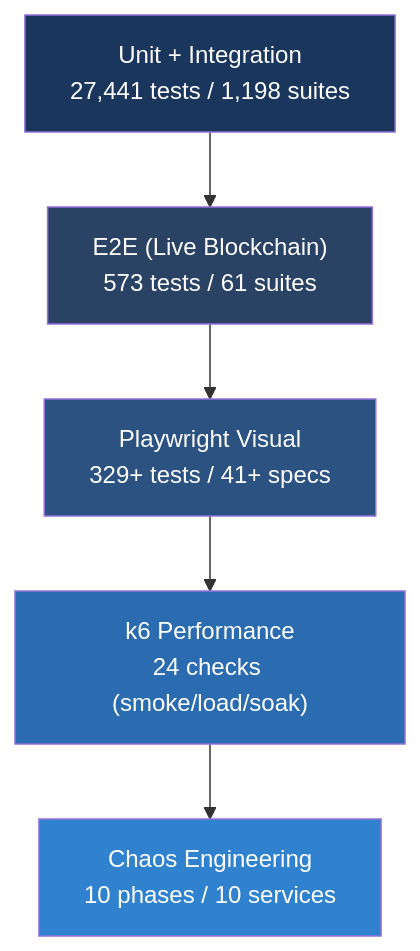
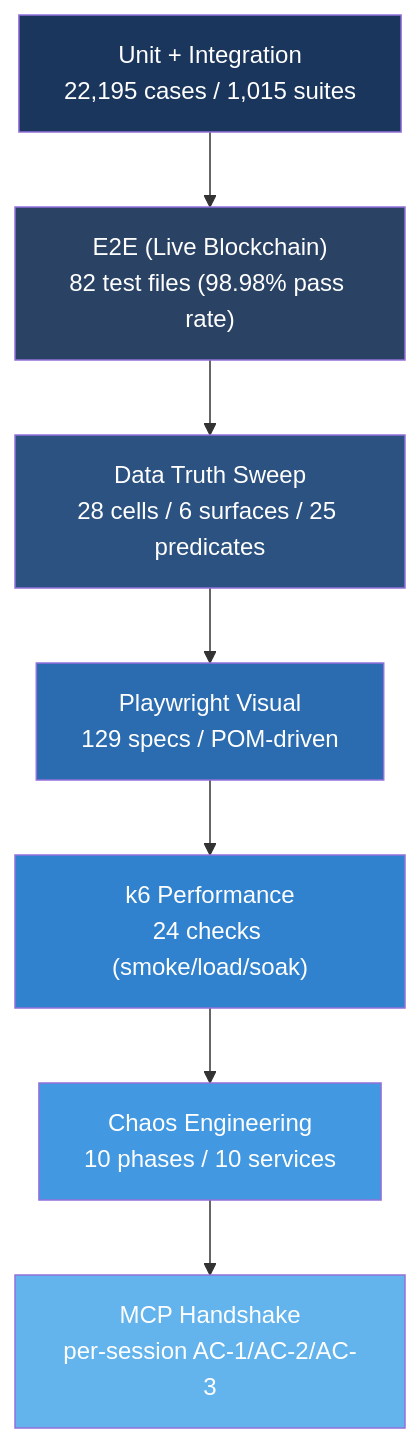
The diagram in Test-Strategy.md (blockSightLive/blocksight-wiki), drawn with Mermaid before and after one commit. The commit also changed other lines of this file and 6 other files, not shown here.

````diff
--- a/Test-Strategy.md
+++ b/Test-Strategy.md
@@ -20,13 +22,17 @@
 ```mermaid
 graph TB
-    A["Unit + Integration<br/>27,441 tests / 1,198 suites"] --> B["E2E (Live Blockchain)<br/>573 tests / 61 suites"]
-    B --> C["Playwright Visual<br/>329+ tests / 41+ specs"]
-    C --> D["k6 Performance<br/>24 checks (smoke/load/soak)"]
-    D --> E["Chaos Engineering<br/>10 phases / 10 services"]
+    A["Unit + Integration<br/>22,195 cases / 1,015 suites"] --> B["E2E (Live Blockchain)<br/>82 test files (98.98% pass rate)"]
+    B --> C["Data Truth Sweep<br/>28 cells / 6 surfaces / 25 predicates"]
+    C --> D["Playwright Visual<br/>129 specs / POM-driven"]
+    D --> E["k6 Performance<br/>24 checks (smoke/load/soak)"]
+    E --> F["Chaos Engineering<br/>10 phases / 10 services"]
+    F --> G["MCP Handshake<br/>per-session AC-1/AC-2/AC-3"]
 
     style A fill:#1a365d,color:#fff
     style B fill:#2a4365,color:#fff
     style C fill:#2c5282,color:#fff
     style D fill:#2b6cb0,color:#fff
     style E fill:#3182ce,color:#fff
+    style F fill:#4299e1,color:#fff
+    style G fill:#63b3ed,color:#fff
 ```
````
